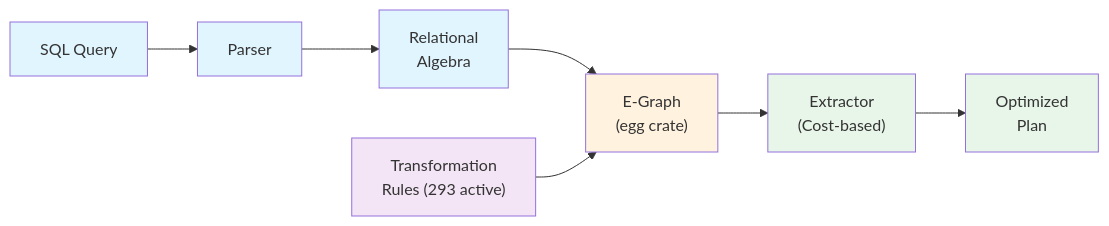
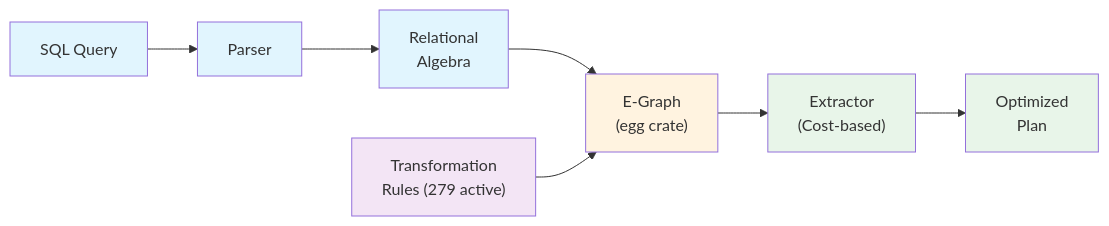
Before and after one commit to gburd/ra: the diagram in docs/readme.md, drawn with Mermaid. The commit also changed other lines of this file and 23 other files, not shown here.

````diff
--- a/docs/readme.md
+++ b/docs/readme.md
@@ -137,17 +137,17 @@
 ```mermaid
 graph LR
     SQL["SQL Query"] --> Parser["Parser"]
     Parser --> RA["Relational<br/>Algebra"]
     RA --> EGraph["E-Graph<br/>(egg crate)"]
-    Rules["Transformation<br/>Rules (293 active)"] --> EGraph
+    Rules["Transformation<br/>Rules (279 active)"] --> EGraph
     EGraph --> Extractor["Extractor<br/>(Cost-based)"]
     Extractor --> Plan["Optimized<br/>Plan"]
 
     style SQL fill:#e1f5fe
     style Parser fill:#e1f5fe
     style RA fill:#e1f5fe
     style EGraph fill:#fff3e0
     style Rules fill:#f3e5f5
     style Extractor fill:#e8f5e9
     style Plan fill:#e8f5e9
 ```
````
